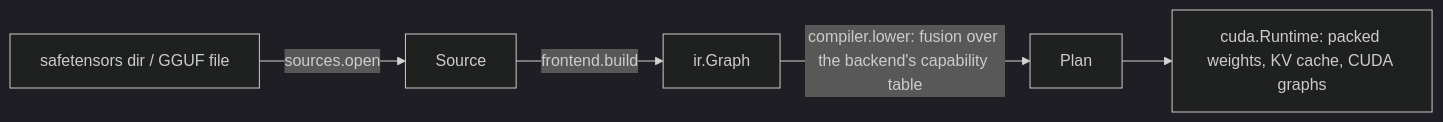
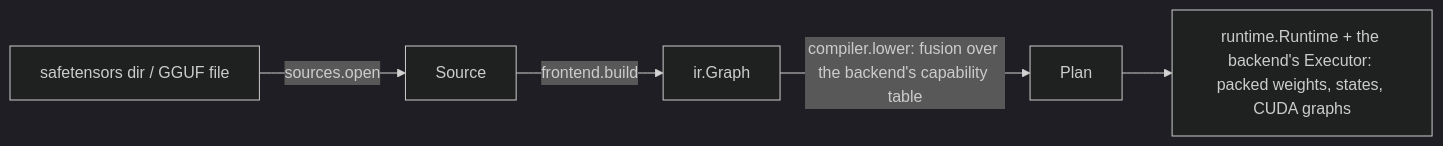
The diagram in warpc/README.md (tuan3w/qwen-warp), drawn with Mermaid (dark theme) before and after one commit. The commit also changed other lines of this file and 14 other files, not shown here.

````diff
--- a/warpc/README.md
+++ b/warpc/README.md
@@ -7,7 +7,7 @@
 ```mermaid
 flowchart LR
   ckpt[safetensors dir / GGUF file] -->|sources.open| src[Source]
   src -->|frontend.build| g[ir.Graph]
   g -->|compiler.lower: fusion over the backend's capability table| plan[Plan]
-  plan --> rt[cuda.Runtime: packed weights, KV cache, CUDA graphs]
+  plan --> rt[runtime.Runtime + the backend's Executor: packed weights, states, CUDA graphs]
 ```
````
